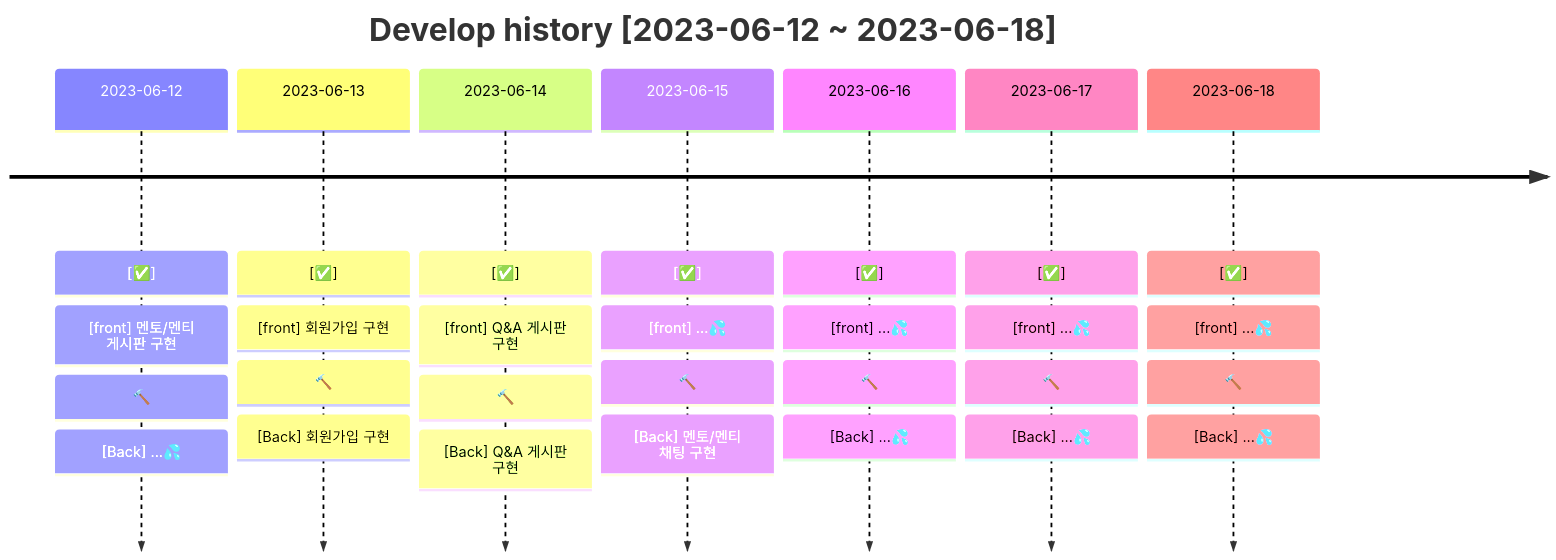
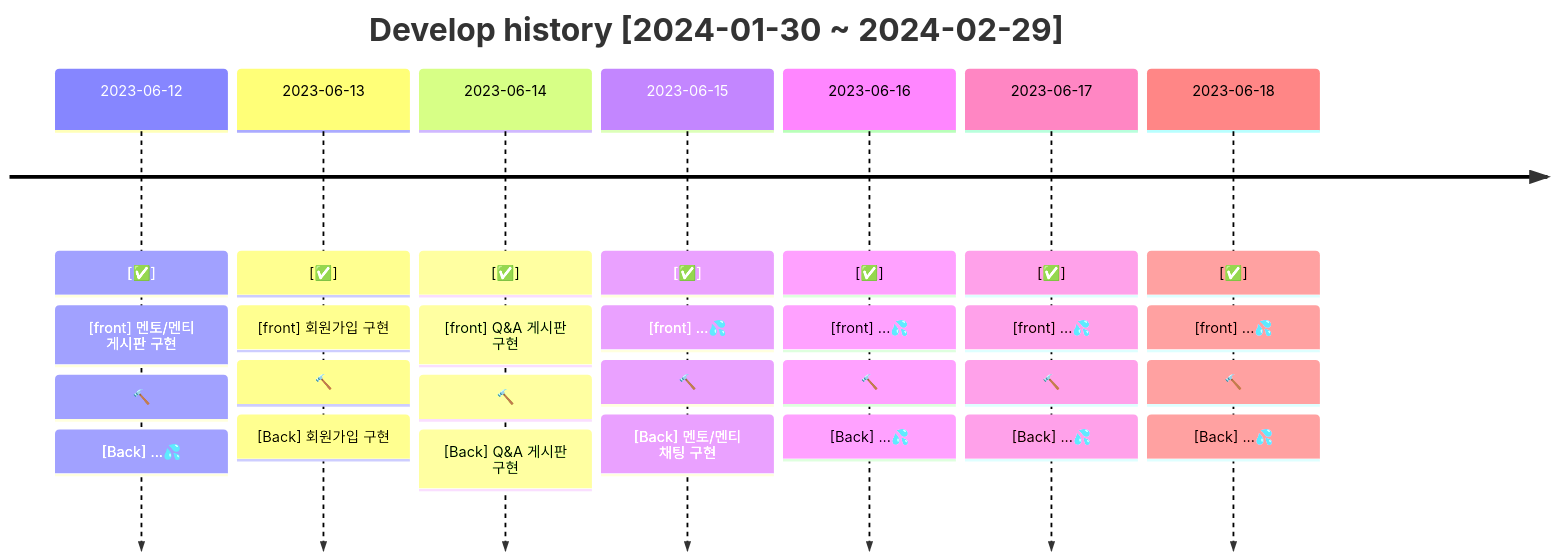
Before and after one commit to zoosickcompany/WOWIN: the third of 6 diagrams in README.md, drawn with Mermaid. The commit also changed other lines of this file and 1 other file, not shown here.

````diff
--- a/README.md
+++ b/README.md
@@ -226,32 +226,32 @@
 ```mermaid
 timeline
-    title Develop history [2023-06-12 ~ 2023-06-18]
+    title Develop history [2024-01-30 ~ 2024-02-29]
     2023-06-12: [✅]
             : [front] 멘토/멘티 게시판 구현
             : 🔨
             : [Back] ...💦
     2023-06-13: [✅]
             : [front] 회원가입 구현
             : 🔨
             : [Back] 회원가입 구현
     2023-06-14: [✅]
             : [front] Q&A 게시판 구현
             : 🔨
             : [Back] Q&A 게시판 구현
     2023-06-15: [✅]
             : [front] ...💦
             : 🔨
             : [Back] 멘토/멘티 채팅 구현
     2023-06-16: [✅]
             : [front] ...💦
             : 🔨
             : [Back] ...💦
     2023-06-17: [✅]
             : [front] ...💦
             : 🔨
             : [Back] ...💦
     2023-06-18: [✅]
             : [front] ...💦
             : 🔨
             : [Back] ...💦
 ```
````
